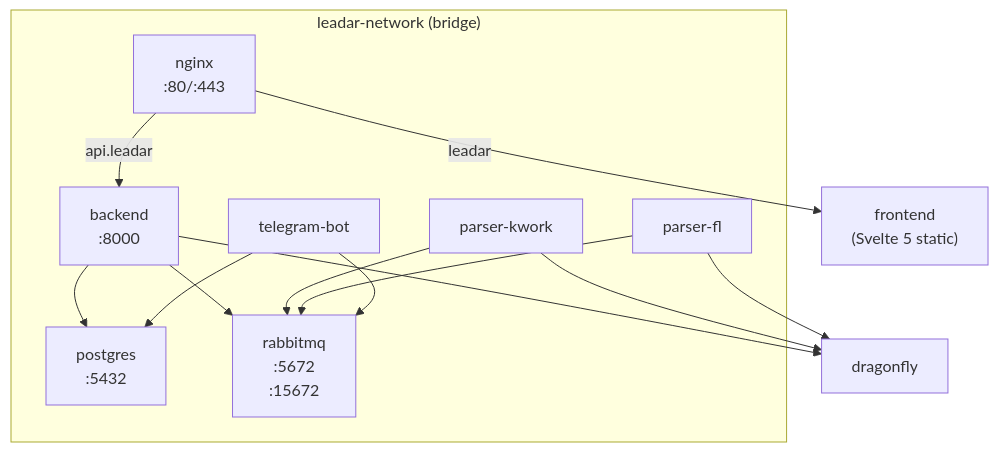
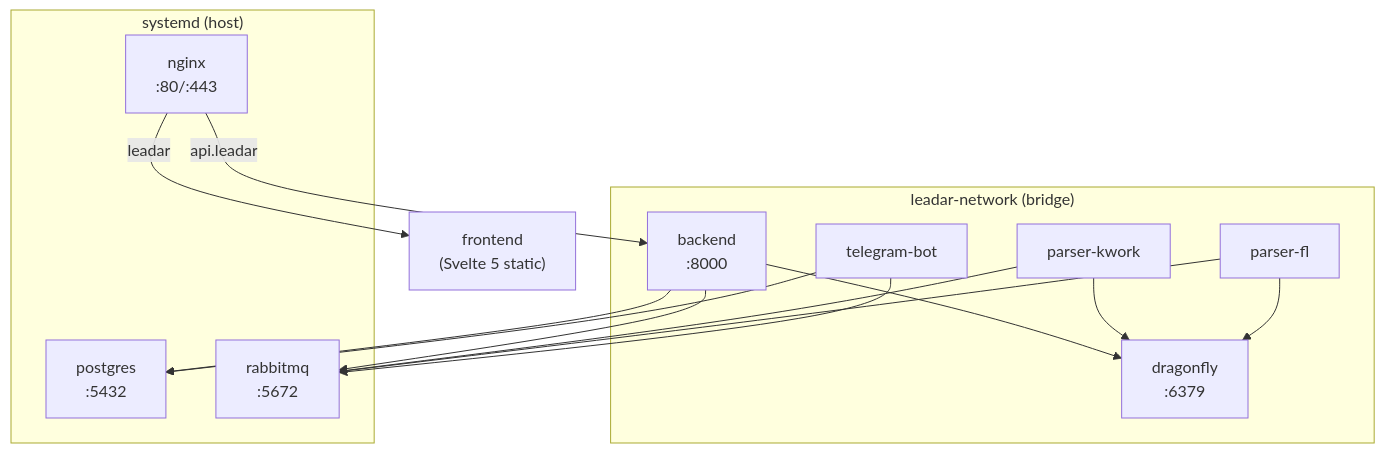
Before and after one commit to leadar-dev/documentation: the diagram in INFRASTRUCTURE.md, drawn with Mermaid. The commit also changed other lines of this file, not shown here.

````diff
--- a/INFRASTRUCTURE.md
+++ b/INFRASTRUCTURE.md
@@ -86,24 +83,28 @@
 ```mermaid
 graph TB
+    subgraph systemd["systemd (host)"]
+        nginx["nginx\n:80/:443"]
+        postgres["postgres\n:5432"]
+        rabbitmq["rabbitmq\n:5672"]
+    end
+
     subgraph docker-network["leadar-network (bridge)"]
-        nginx["nginx\n:80/:443"]
         backend["backend\n:8000"]
         parser_kwork["parser-kwork"]
         parser_fl["parser-fl"]
         bot["telegram-bot"]
-        postgres["postgres\n:5432"]
-        rabbitmq["rabbitmq\n:5672\n:15672"]
+        dragonfly["dragonfly\n:6379"]
     end
 
     nginx -->|api.leadar| backend
     nginx -->|leadar| frontend_files["frontend\n(Svelte 5 static)"]
     backend --> postgres
     backend --> rabbitmq
     backend --> dragonfly
     parser_kwork --> rabbitmq
     parser_kwork --> dragonfly
     parser_fl --> rabbitmq
     parser_fl --> dragonfly
     bot --> rabbitmq
     bot --> postgres
 ```
````
